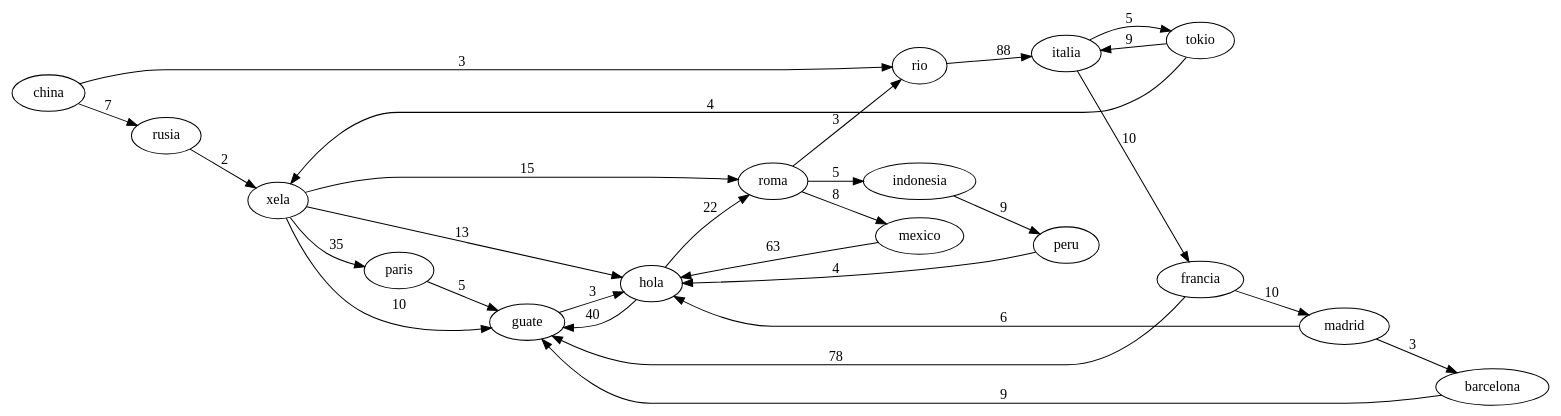
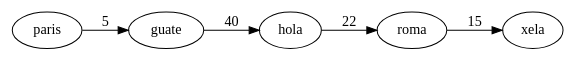
One commit to LouisGonzalez/ESTRUCTURA-Waze-Guatemala changed the diagram in grafica.dot. Above: the diagram before and after it, drawn with Graphviz. The commit also changed 13 other files, not shown here.

```diff
--- a/grafica.dot
+++ b/grafica.dot
@@ -1,30 +1,7 @@
 digraph G {
 rankdir=LR;
-xela->guate[label="10"];
-xela->roma[label="15"];
-guate->hola[label="3"];
-xela->hola[label="13"];
+paris->guate[label="5"];
+guate->hola[label="40"];
 hola->roma[label="22"];
-xela->paris[label="35"];
-hola->guate[label="40"];
-paris->guate[label="5"];
-italia->francia[label="10"];
-rio->italia[label="88"];
-francia->guate[label="78"];
-roma->rio[label="3"];
-tokio->xela[label="4"];
-tokio->italia[label="9"];
-italia->tokio[label="5"];
-mexico->hola[label="63"];
-roma->mexico[label="8"];
-peru->hola[label="4"];
-indonesia->peru[label="9"];
-roma->indonesia[label="5"];
-barcelona->guate[label="9"];
-madrid->barcelona[label="3"];
-madrid->hola[label="6"];
-francia->madrid[label="10"];
-china->rio[label="3"];
-rusia->xela[label="2"];
-china->rusia[label="7"];
+roma->xela[label="15"];
 }
```
